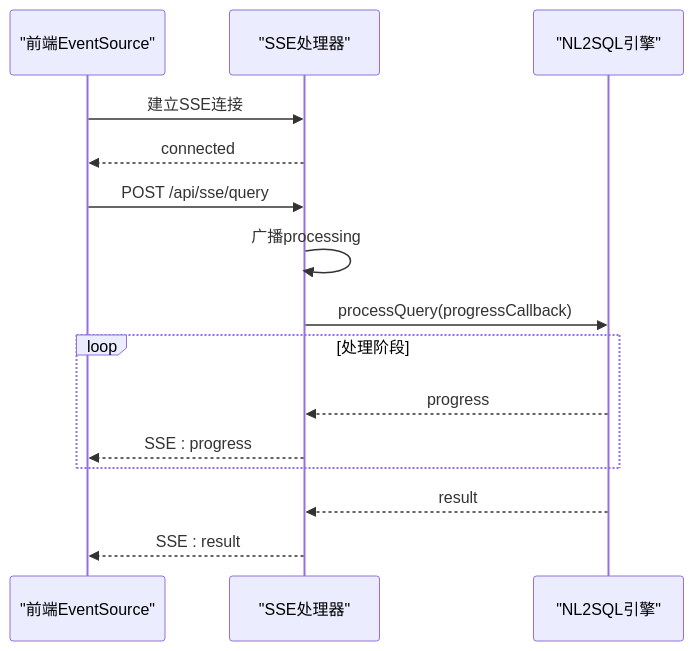
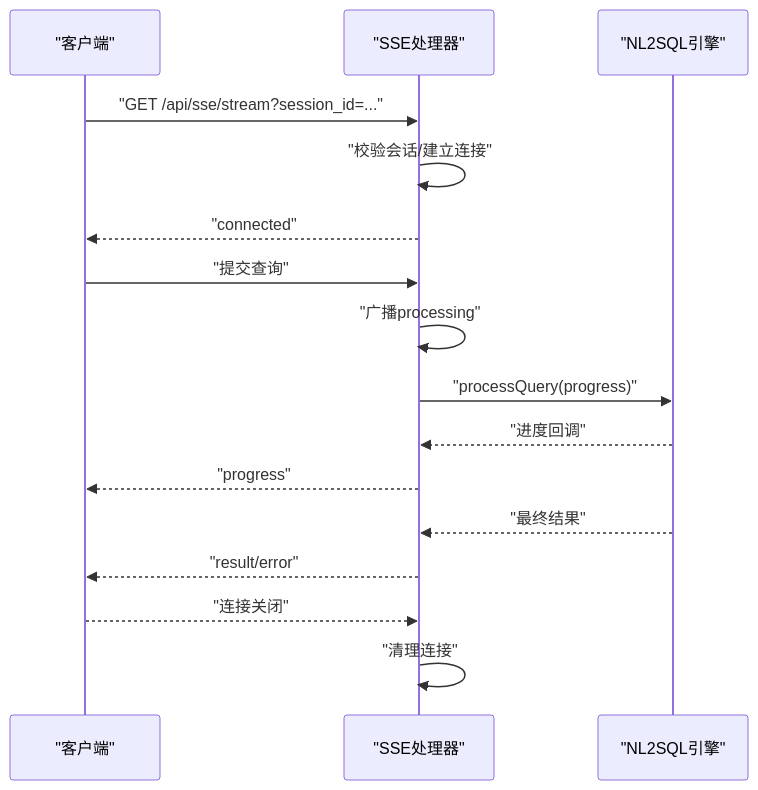
The fourth of 8 diagrams in NL2SQL/.qoder/repowiki/zh/content/系统架构/数据流设计.md (HanHuiOnLine/724-office), drawn with Mermaid before and after one commit. The commit also changed other lines of this file and 170 other files, not shown here.

````diff
--- a/NL2SQL/.qoder/repowiki/zh/content/系统架构/数据流设计.md
+++ b/NL2SQL/.qoder/repowiki/zh/content/系统架构/数据流设计.md
@@ -210,17 +215,18 @@
 ```mermaid
 sequenceDiagram
-participant FE as "前端EventSource"
+participant Client as "客户端"
 participant SSE as "SSE处理器"
-participant ENG as "NL2SQL引擎"
-FE->>SSE : 建立SSE连接
-SSE-->>FE : connected
-FE->>SSE : POST /api/sse/query
-SSE->>SSE : 广播processing
-SSE->>ENG : processQuery(progressCallback)
-loop 处理阶段
-ENG-->>SSE : progress
-SSE-->>FE : SSE : progress
-end
-ENG-->>SSE : result
-SSE-->>FE : SSE : result
+participant Engine as "NL2SQL引擎"
+Client->>SSE : "GET /api/sse/stream?session_id=..."
+SSE->>SSE : "校验会话/建立连接"
+SSE-->>Client : "connected"
+Client->>SSE : "提交查询"
+SSE->>SSE : "广播processing"
+SSE->>Engine : "processQuery(progress)"
+Engine-->>SSE : "进度回调"
+SSE-->>Client : "progress"
+Engine-->>SSE : "最终结果"
+SSE-->>Client : "result/error"
+Client-->>SSE : "连接关闭"
+SSE->>SSE : "清理连接"
 ```
````
